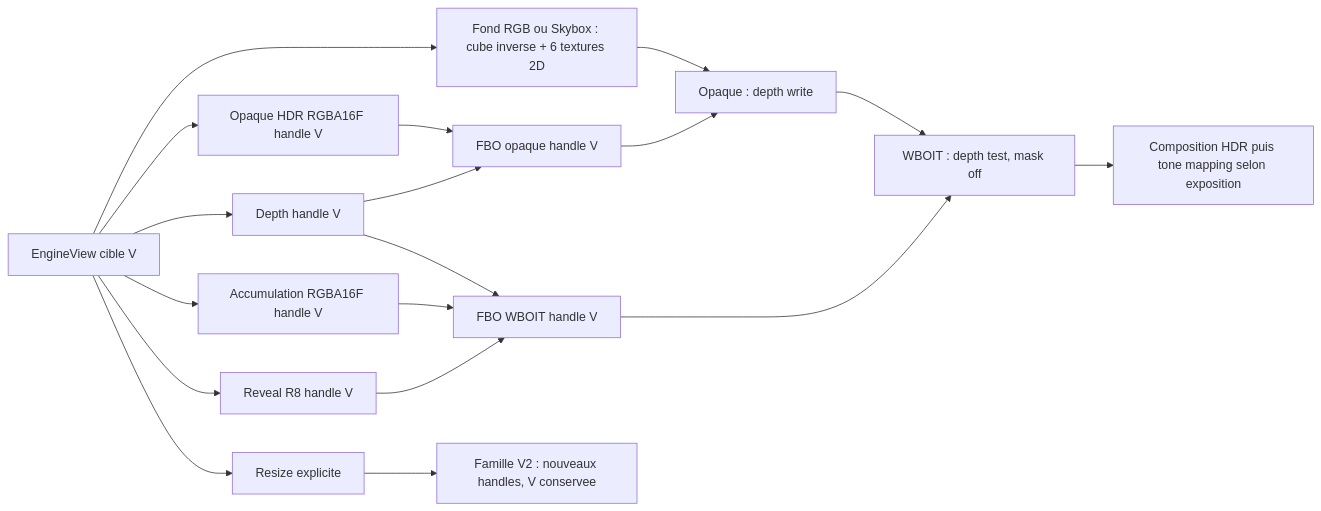
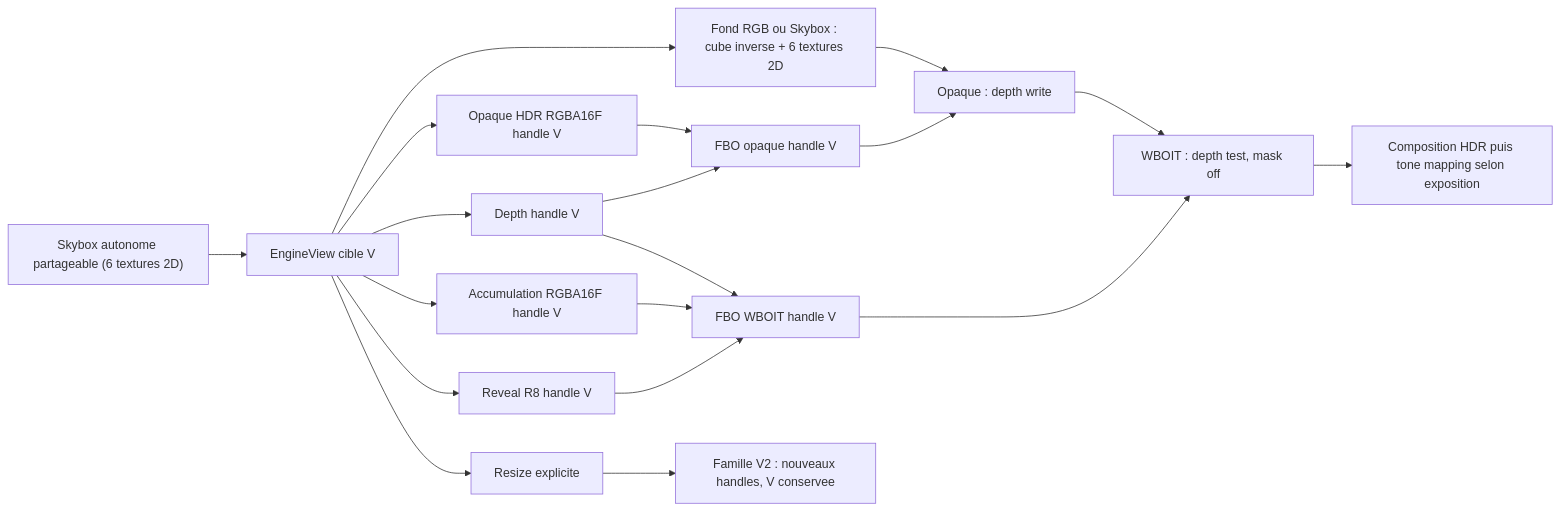
Before and after one commit to EreliaStudio/Sparkle: the second of 5 diagrams in docs/voxel-engine-v0.1.4/09-pipeline-gpu-transparence.md, drawn with Mermaid. The commit also changed other lines of this file and 5 other files, not shown here.

````diff
--- a/docs/voxel-engine-v0.1.4/09-pipeline-gpu-transparence.md
+++ b/docs/voxel-engine-v0.1.4/09-pipeline-gpu-transparence.md
@@ -58,20 +58,21 @@
 ```mermaid
 flowchart LR
   View["EngineView cible V"] --> OpaqueColor["Opaque HDR RGBA16F handle V"]
+  Skybox["Skybox autonome partageable (6 textures 2D)"] --> View
   View --> Background["Fond RGB ou Skybox : cube inverse + 6 textures 2D"]
   Background --> DrawOpaque
   View --> Depth["Depth handle V"]
   View --> Accum["Accumulation RGBA16F handle V"]
   View --> Reveal["Reveal R8 handle V"]
   OpaqueColor --> FBOOpaque["FBO opaque handle V"]
   Depth --> FBOOpaque
   Depth --> FBOWBOIT["FBO WBOIT handle V"]
   Accum --> FBOWBOIT
   Reveal --> FBOWBOIT
   FBOOpaque --> DrawOpaque["Opaque : depth write"]
   DrawOpaque --> DrawWBOIT["WBOIT : depth test, mask off"]
   FBOWBOIT --> DrawWBOIT
   DrawWBOIT --> Compose["Composition HDR puis tone mapping selon exposition"]
   View --> Resize["Resize explicite"]
   Resize --> V2["Famille V2 : nouveaux handles, V conservee"]
 ```
````
